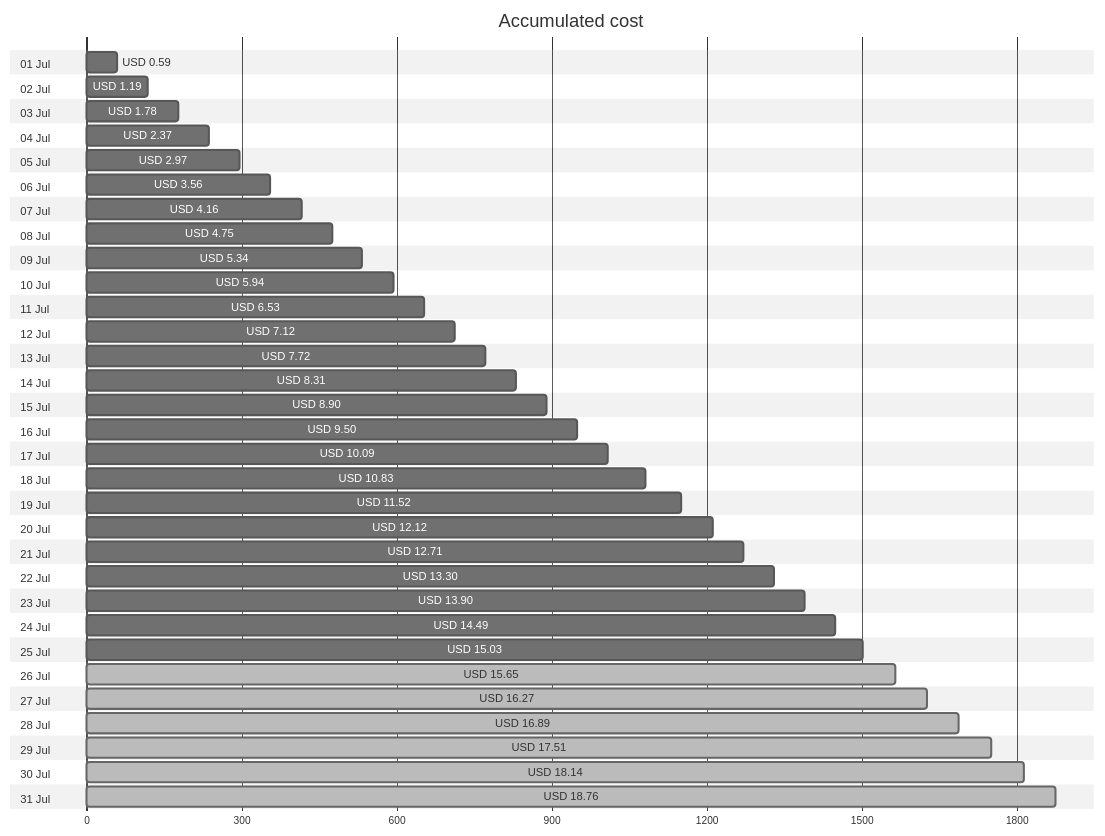
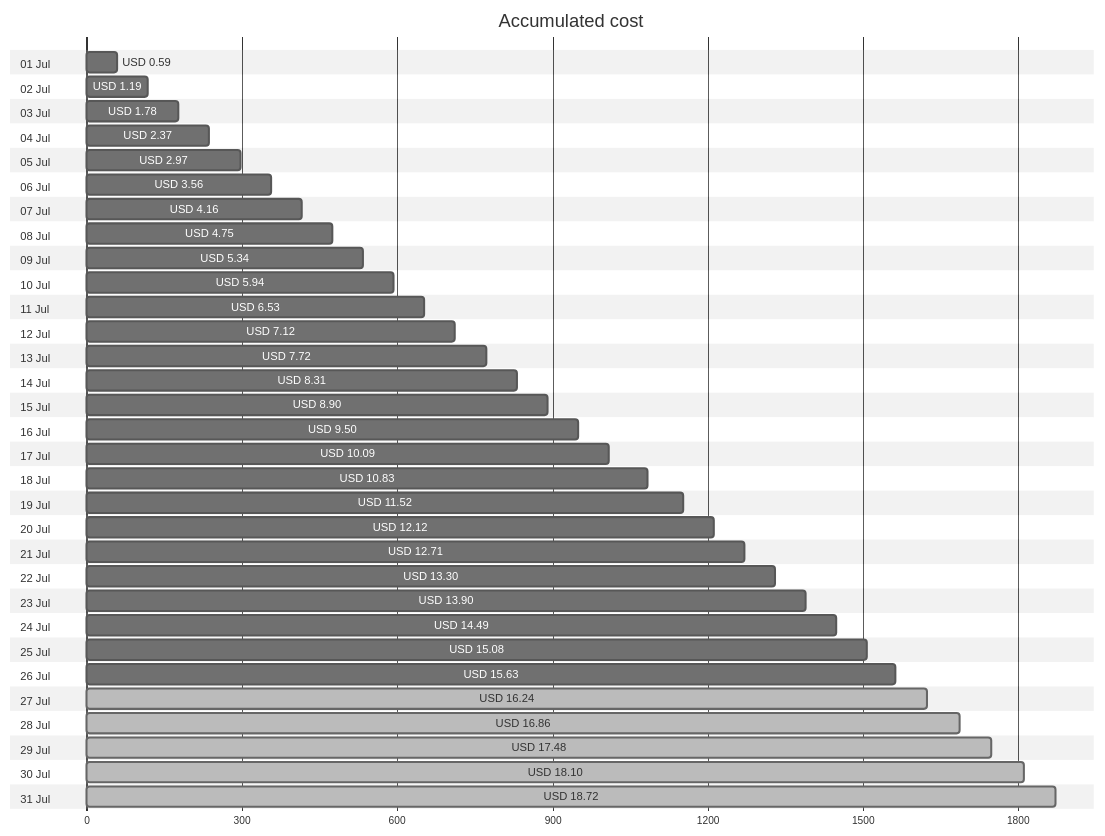
One commit to jpfulton/azure-personal-reports changed the first of 4 diagrams in cost-reports/personal-site/README.md. Above: the diagram before and after it, drawn with Mermaid (neutral theme). The commit also changed other lines of this file and 6 other files, not shown here.

````diff
--- a/cost-reports/personal-site/README.md
+++ b/cost-reports/personal-site/README.md
@@ -20,68 +20,68 @@
 ```mermaid
 gantt
    title Accumulated cost
    dateFormat  X
    axisFormat %s
    section 01 Jul
    USD 0.59 :0, 59
    section 02 Jul
    USD 1.19 :0, 119
    section 03 Jul
    USD 1.78 :0, 178
    section 04 Jul
    USD 2.37 :0, 237
    section 05 Jul
    USD 2.97 :0, 297
    section 06 Jul
    USD 3.56 :0, 356
    section 07 Jul
    USD 4.16 :0, 416
    section 08 Jul
    USD 4.75 :0, 475
    section 09 Jul
    USD 5.34 :0, 534
    section 10 Jul
    USD 5.94 :0, 594
    section 11 Jul
    USD 6.53 :0, 653
    section 12 Jul
    USD 7.12 :0, 712
    section 13 Jul
    USD 7.72 :0, 772
    section 14 Jul
    USD 8.31 :0, 831
    section 15 Jul
    USD 8.90 :0, 890
    section 16 Jul
    USD 9.50 :0, 950
    section 17 Jul
    USD 10.09 :0, 1009
    section 18 Jul
    USD 10.83 :0, 1083
    section 19 Jul
    USD 11.52 :0, 1152
    section 20 Jul
    USD 12.12 :0, 1212
    section 21 Jul
    USD 12.71 :0, 1271
    section 22 Jul
    USD 13.30 :0, 1330
    section 23 Jul
    USD 13.90 :0, 1390
    section 24 Jul
    USD 14.49 :0, 1449
    section 25 Jul
-   USD 15.03 :0, 1503
+   USD 15.08 :0, 1508
    section 26 Jul
-   USD 15.65 : done, 0, 1565
+   USD 15.63 :0, 1563
    section 27 Jul
-   USD 16.27 : done, 0, 1627
+   USD 16.24 : done, 0, 1624
    section 28 Jul
-   USD 16.89 : done, 0, 1689
+   USD 16.86 : done, 0, 1686
    section 29 Jul
-   USD 17.51 : done, 0, 1751
+   USD 17.48 : done, 0, 1748
    section 30 Jul
-   USD 18.14 : done, 0, 1814
+   USD 18.10 : done, 0, 1810
    section 31 Jul
-   USD 18.76 : done, 0, 1876
+   USD 18.72 : done, 0, 1872
 ```
````
